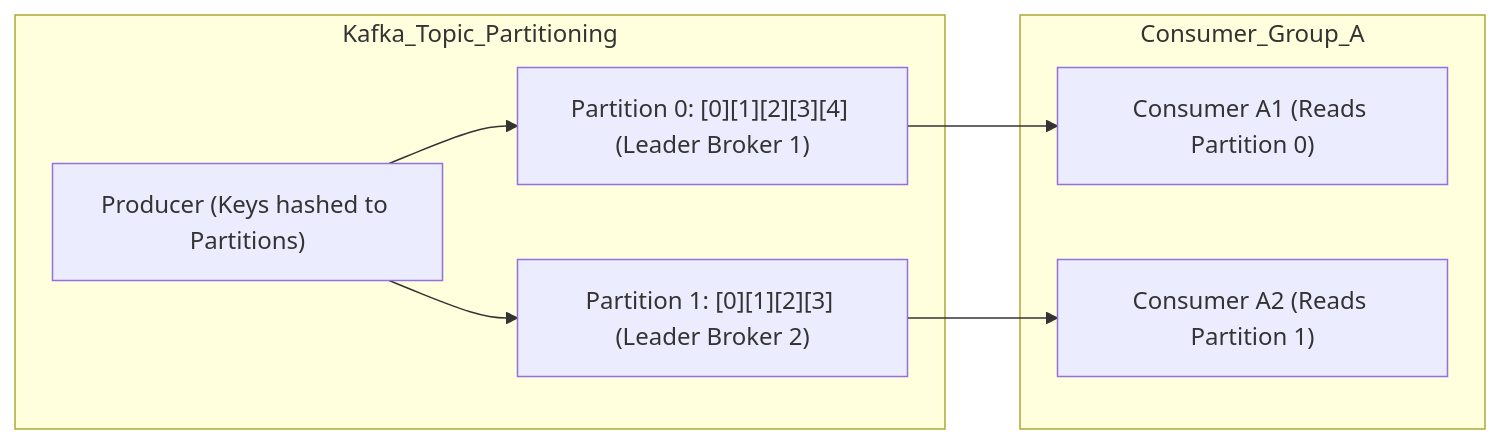
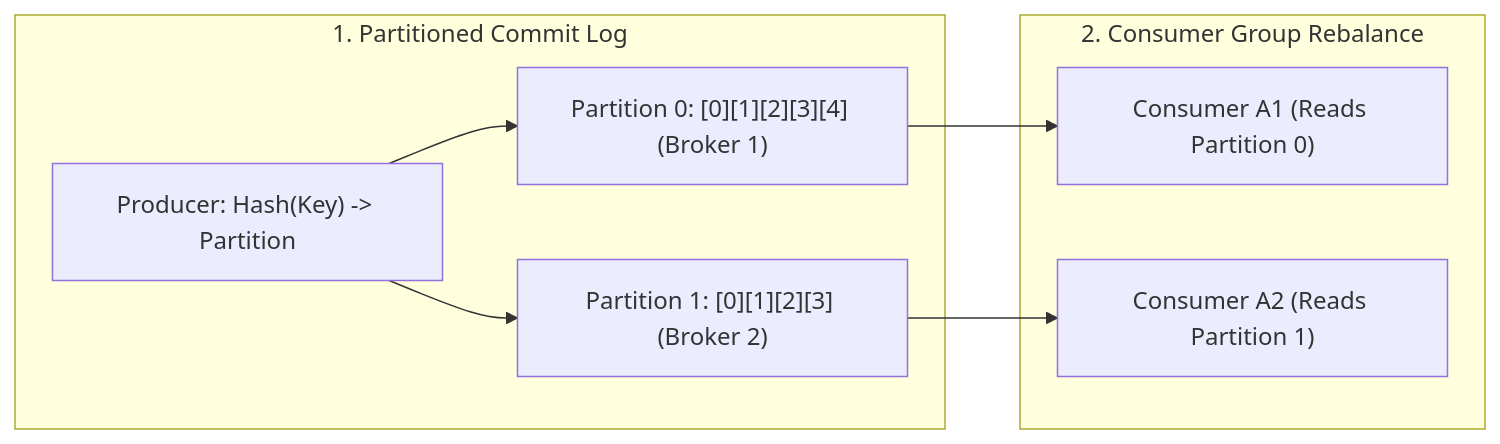
Before and after one commit to manojkumar-nt/tech-21-interview-handbook: the diagram in books/architect-technologies/03-apache-kafka-event-streaming.md, drawn with Mermaid. The commit also changed other lines of this file and 11 other files, not shown here.

````diff
--- a/books/architect-technologies/03-apache-kafka-event-streaming.md
+++ b/books/architect-technologies/03-apache-kafka-event-streaming.md
@@ -17,13 +17,13 @@
 ```mermaid
 graph LR
-    subgraph Kafka_Topic_Partitioning
-        P["Producer (Keys hashed to Partitions)"] --> Part0["Partition 0: [0][1][2][3][4] (Leader Broker 1)"]
-        P --> Part1["Partition 1: [0][1][2][3] (Leader Broker 2)"]
+    subgraph Kafka_Topic_Partitioning ["1. Partitioned Commit Log"]
+        P["Producer: Hash(Key) -> Partition"] --> Part0["Partition 0: [0][1][2][3][4] (Broker 1)"]
+        P --> Part1["Partition 1: [0][1][2][3] (Broker 2)"]
     end
-    subgraph Consumer_Group_A
+    subgraph Consumer_Group_A ["2. Consumer Group Rebalance"]
         C1["Consumer A1 (Reads Partition 0)"]
         C2["Consumer A2 (Reads Partition 1)"]
     end
     Part0 --> C1
     Part1 --> C2
 ```
````
